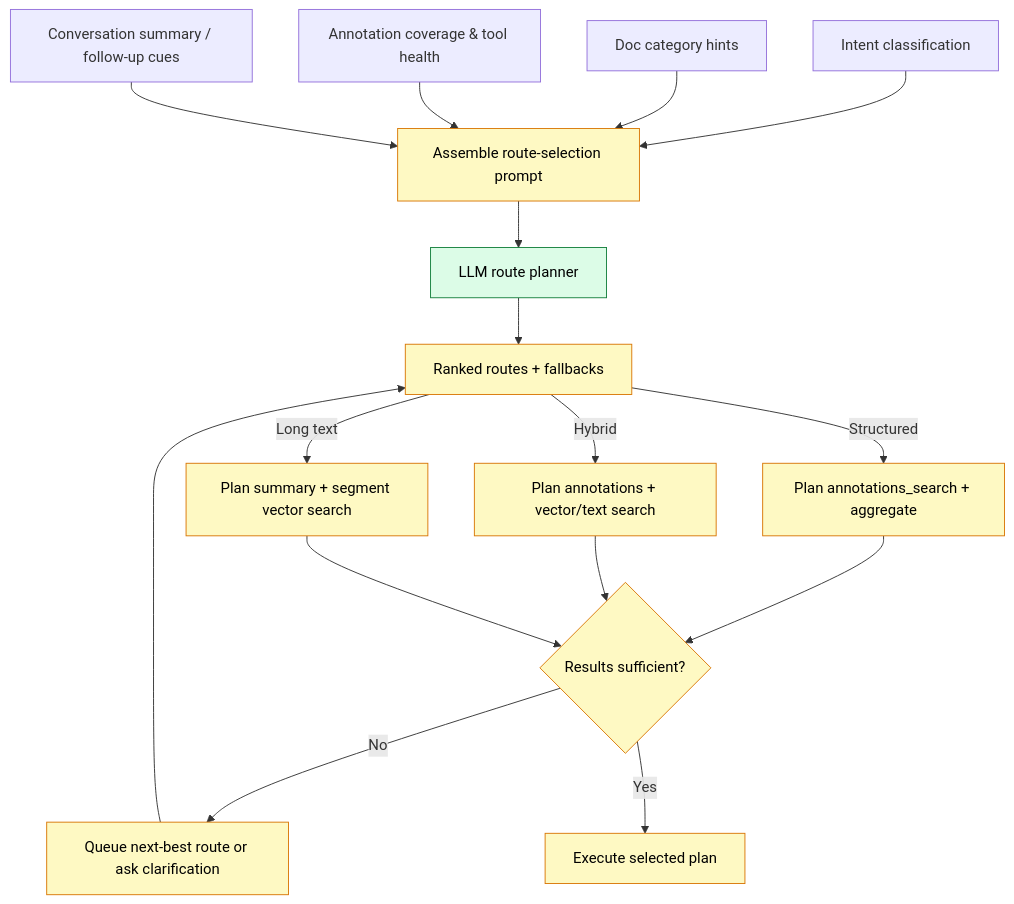
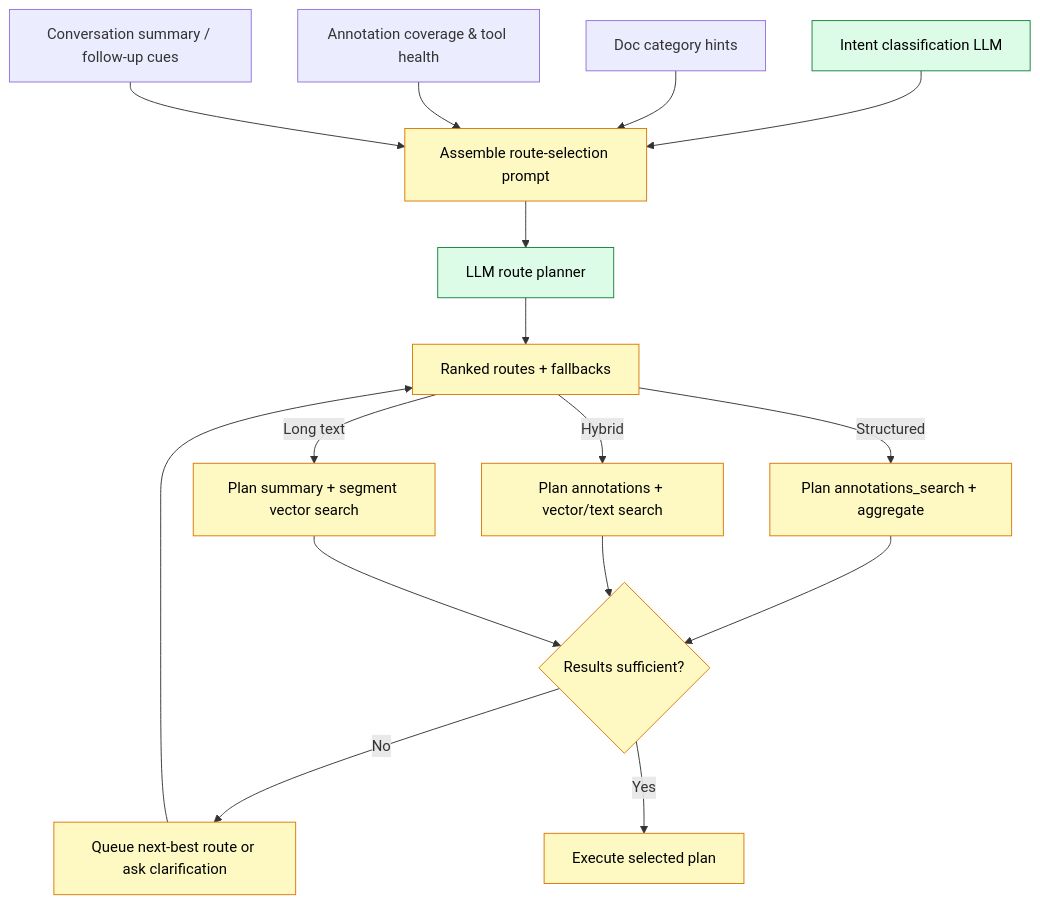
The second of 3 diagrams in docs/architecture/rag_workflow.md (nobody-qwert/zzz_rag_xxx), drawn with Mermaid before and after one commit. The commit also changed other lines of this file, not shown here.

````diff
--- a/docs/architecture/rag_workflow.md
+++ b/docs/architecture/rag_workflow.md
@@ -91,37 +91,38 @@
 ```mermaid
 flowchart TD
-    INTENT[Intent classification]
+    INTENT[Intent classification LLM]
     CATS[Doc category hints]
     COVERAGE[Annotation coverage & tool health]
     HISTORY[Conversation summary / follow-up cues]
 
     INTENT --> PROMPT[Assemble route-selection prompt]
     CATS --> PROMPT
     COVERAGE --> PROMPT
     HISTORY --> PROMPT
 
     PROMPT --> LLM[LLM route planner]
     LLM --> SCORE[Ranked routes + fallbacks]
 
     SCORE -->|Structured| STRUCT_ROUTE[Plan annotations_search + aggregate]
     SCORE -->|Hybrid| HYBRID_ROUTE[Plan annotations + vector/text search]
     SCORE -->|Long text| LONG_ROUTE[Plan summary + segment vector search]
 
     STRUCT_ROUTE --> CHECK{Results sufficient?}
     HYBRID_ROUTE --> CHECK
     LONG_ROUTE --> CHECK
 
     CHECK -->|No| FALLBACK[Queue next-best route or ask clarification]
     FALLBACK --> SCORE
     CHECK -->|Yes| EXECUTE[Execute selected plan]
 
+    style INTENT fill:#dcfce7,stroke:#15803d,color:#000
     style PROMPT fill:#fef9c3,stroke:#d97706,color:#000
     style LLM fill:#dcfce7,stroke:#15803d,color:#000
     style SCORE fill:#fef9c3,stroke:#d97706,color:#000
     style STRUCT_ROUTE fill:#fef9c3,stroke:#d97706,color:#000
     style HYBRID_ROUTE fill:#fef9c3,stroke:#d97706,color:#000
     style LONG_ROUTE fill:#fef9c3,stroke:#d97706,color:#000
     style CHECK fill:#fef9c3,stroke:#d97706,color:#000
     style FALLBACK fill:#fef9c3,stroke:#d97706,color:#000
     style EXECUTE fill:#fef9c3,stroke:#d97706,color:#000
 ```
````
